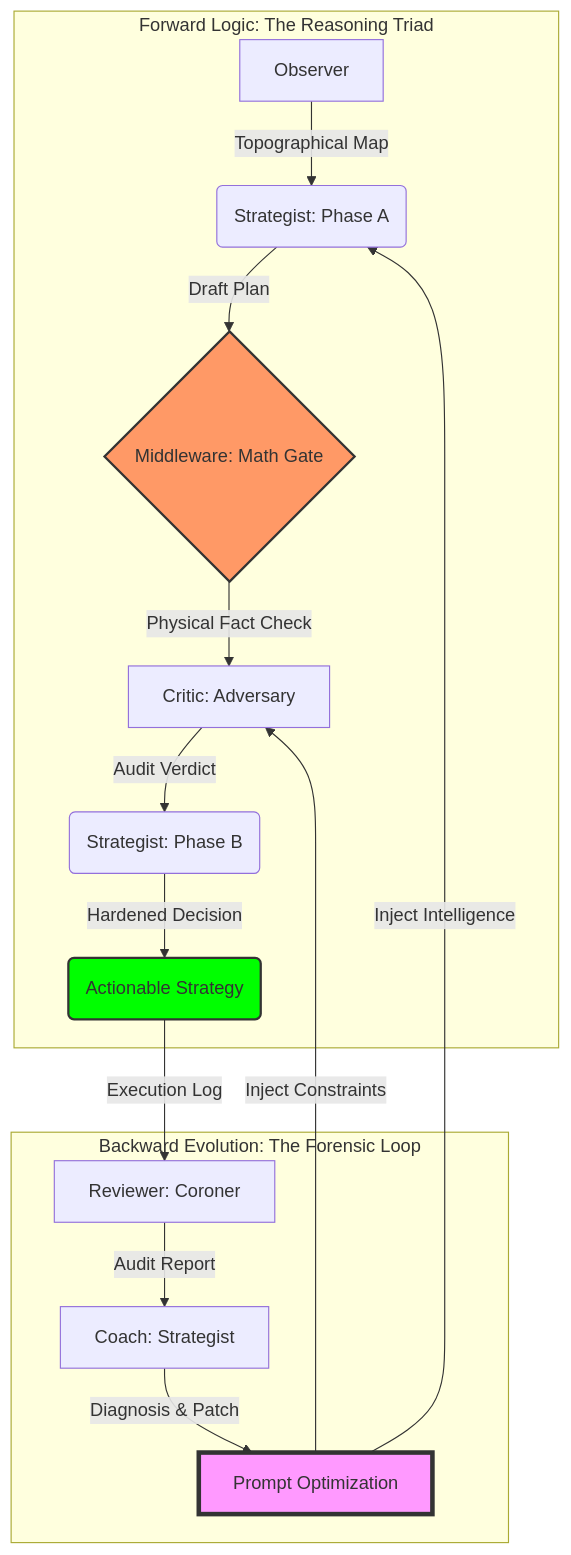
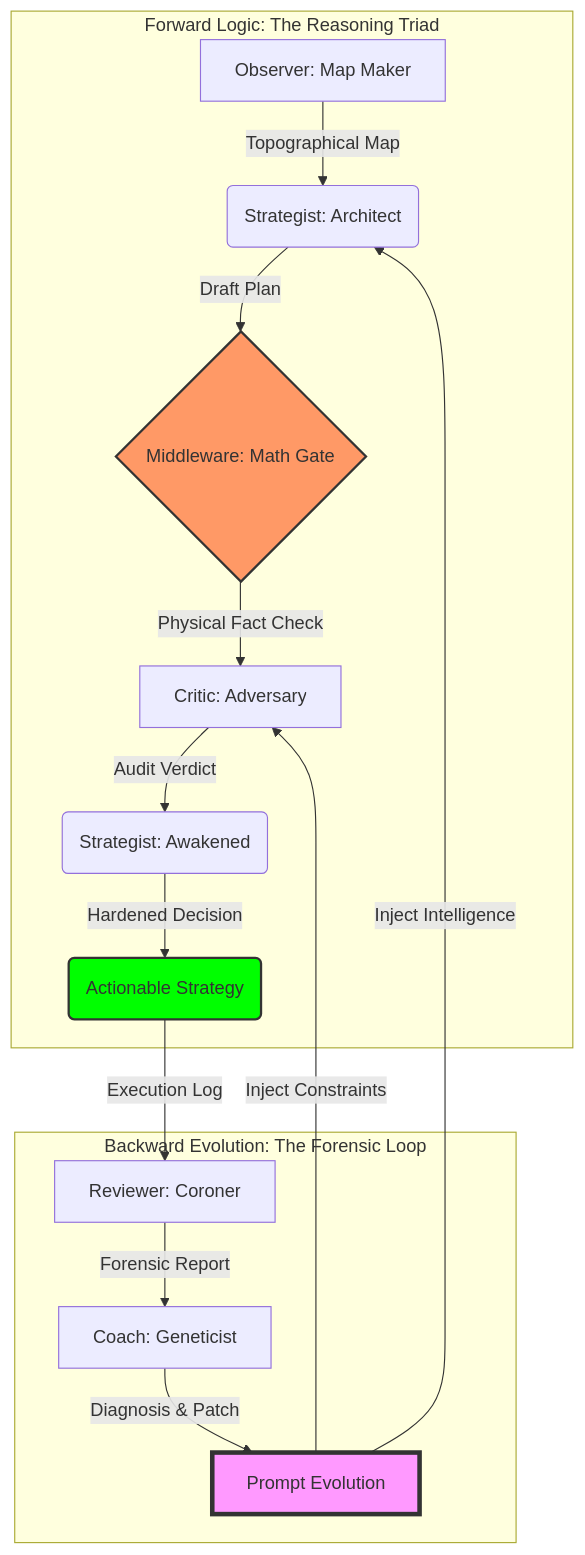
The diagram in README.md (jiangyang5157/binary-star), drawn with Mermaid before and after one commit. The commit also changed other lines of this file and 2 other files, not shown here.

````diff
--- a/README.md
+++ b/README.md
@@ -13,22 +13,22 @@
 ```mermaid
 graph TD
     subgraph "Forward Logic: The Reasoning Triad"
-        A["Observer"] -->|"Topographical Map"| B("Strategist: Phase A")
+        A["Observer: Map Maker"] -->|"Topographical Map"| B("Strategist: Architect")
         B -->|"Draft Plan"| C{"Middleware: Math Gate"}
         C -->|"Physical Fact Check"| D["Critic: Adversary"]
-        D -->|"Audit Verdict"| E("Strategist: Phase B")
+        D -->|"Audit Verdict"| E("Strategist: Awakened")
         E -->|"Hardened Decision"| F("Actionable Strategy")
     end
 
     subgraph "Backward Evolution: The Forensic Loop"
         F -->|"Execution Log"| G["Reviewer: Coroner"]
-        G -->|"Audit Report"| H["Coach: Strategist"]
-        H -->|"Diagnosis & Patch"| I["Prompt Optimization"]
+        G -->|"Forensic Report"| H["Coach: Geneticist"]
+        H -->|"Diagnosis & Patch"| I["Prompt Evolution"]
         I -->|"Inject Intelligence"| B
         I -->|"Inject Constraints"| D
     end
 
     style C fill:#f96,stroke:#333,stroke-width:2px
     style F fill:#00ff00,stroke:#333,stroke-width:2px
     style I fill:#f9f,stroke:#333,stroke-width:4px
 ```
````
